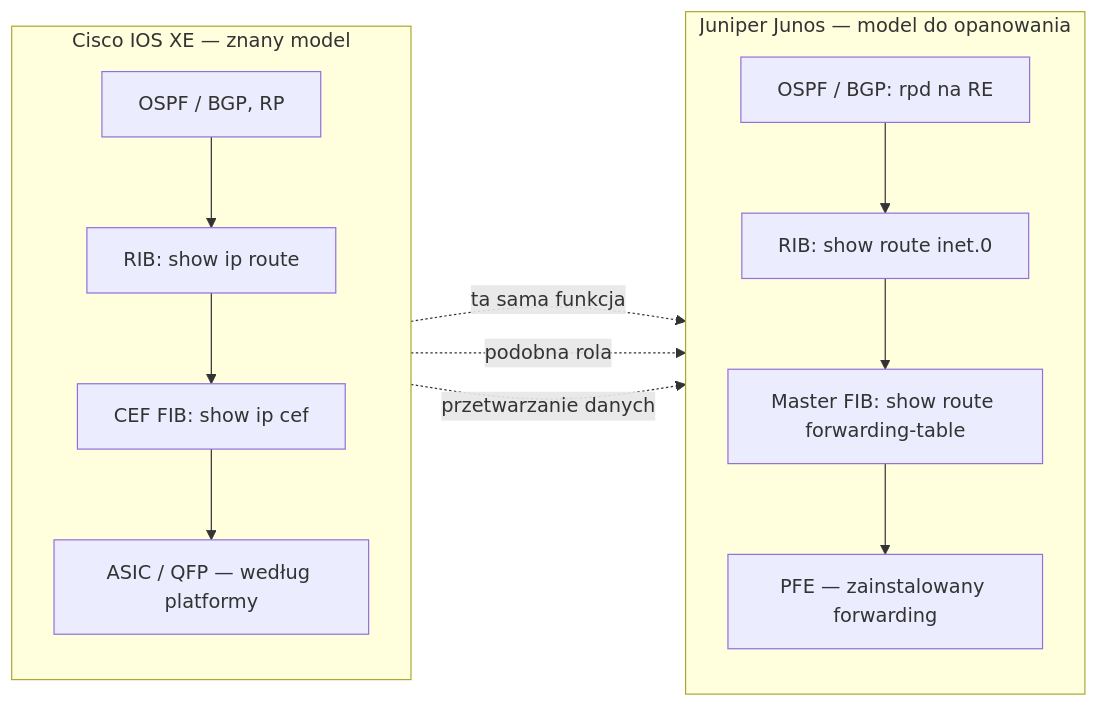
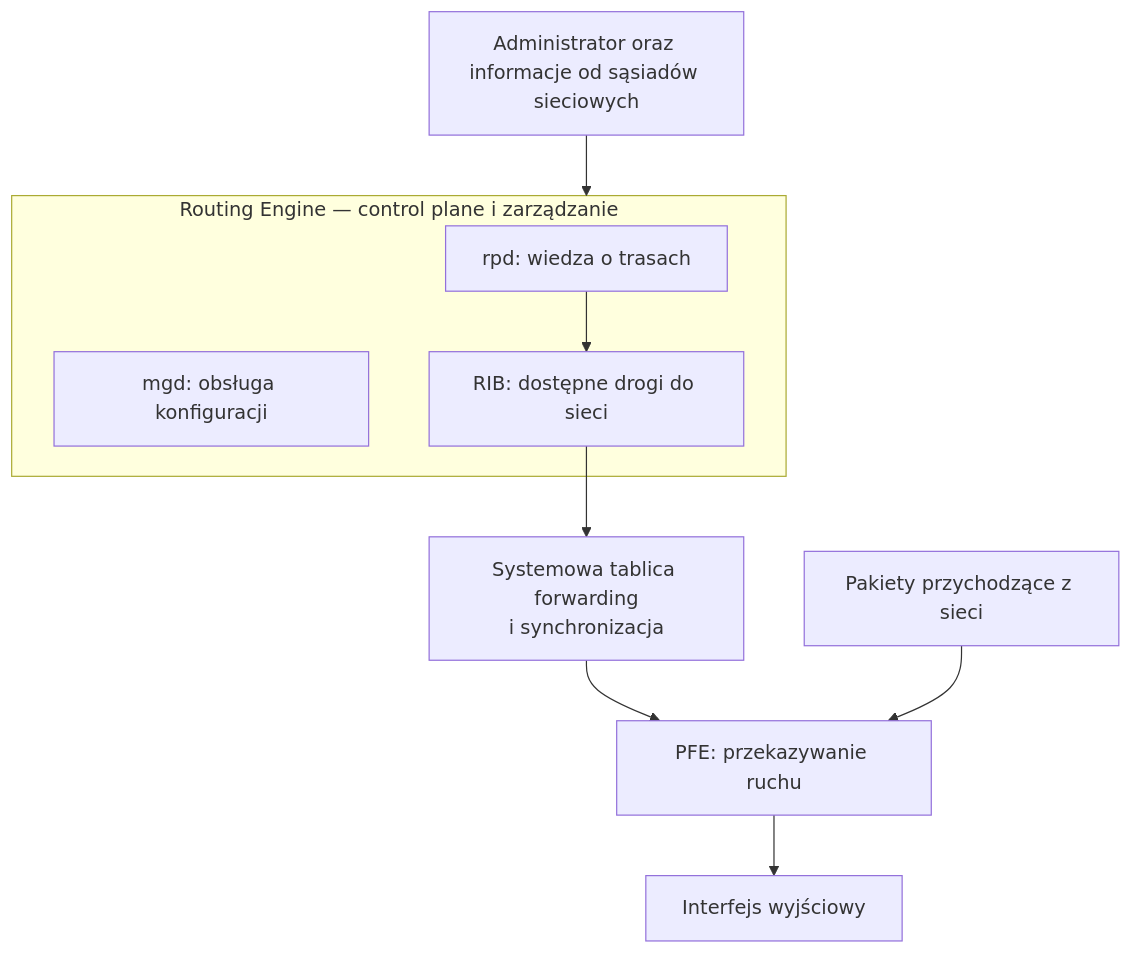
The second of 7 diagrams in docs/chapters/JUNOS_Rozdzial_02_Architektura_Junos_OS.md (nelto79/jncip), drawn with Mermaid before and after one commit. The commit also changed other lines of this file, not shown here.

```diff
--- a/docs/chapters/JUNOS_Rozdzial_02_Architektura_Junos_OS.md
+++ b/docs/chapters/JUNOS_Rozdzial_02_Architektura_Junos_OS.md
@@ -153,18 +64,14 @@
 ~~~mermaid
-flowchart LR
-  subgraph C["Cisco IOS XE — znany model"]
-    direction TB
-    C1["OSPF / BGP, RP"] --> C2["RIB: show ip route"]
-    C2 --> C3["CEF FIB: show ip cef"]
-    C3 --> C4["ASIC / QFP — według platformy"]
-  end
-  subgraph J["Juniper Junos — model do opanowania"]
-    direction TB
-    J1["OSPF / BGP: rpd na RE"] --> J2["RIB: show route inet.0"]
-    J2 --> J3["Master FIB: show route forwarding-table"]
-    J3 --> J4["PFE — zainstalowany forwarding"]
-  end
-  C1 -. "ta sama funkcja" .-> J1
-  C3 -. "podobna rola" .-> J3
-  C4 -. "przetwarzanie danych" .-> J4
+flowchart TB
+   A["Administrator oraz informacje od sąsiadów sieciowych"] --> RE
+   subgraph RE["Routing Engine — control plane i zarządzanie"]
+      RPD["rpd: wiedza o trasach"]
+      MGD["mgd: obsługa konfiguracji"]
+      RIB["RIB: dostępne drogi do sieci"]
+      RPD --> RIB
+   end
+   RIB --> K["Systemowa tablica forwarding<br/>i synchronizacja"]
+   K --> PFE["PFE: przekazywanie ruchu"]
+   PFE --> I["Interfejs wyjściowy"]
+   P["Pakiety przychodzące z sieci"] --> PFE
 ~~~
```
